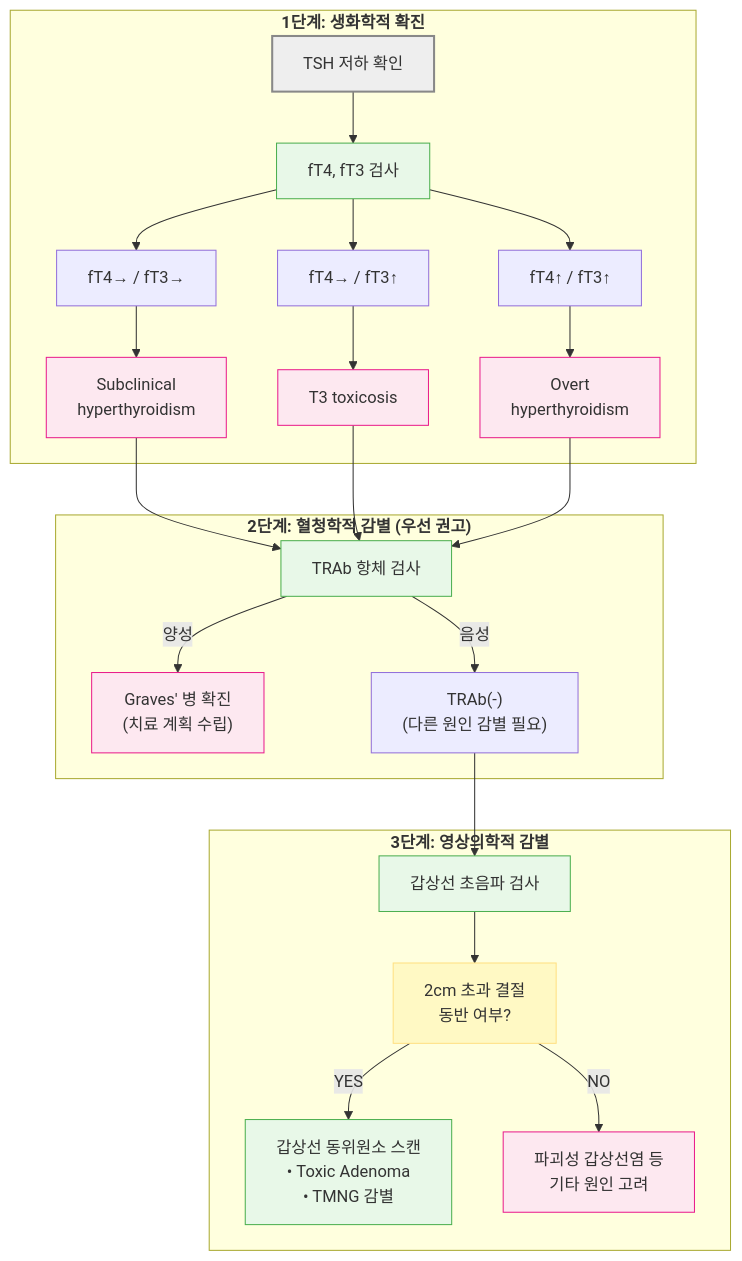
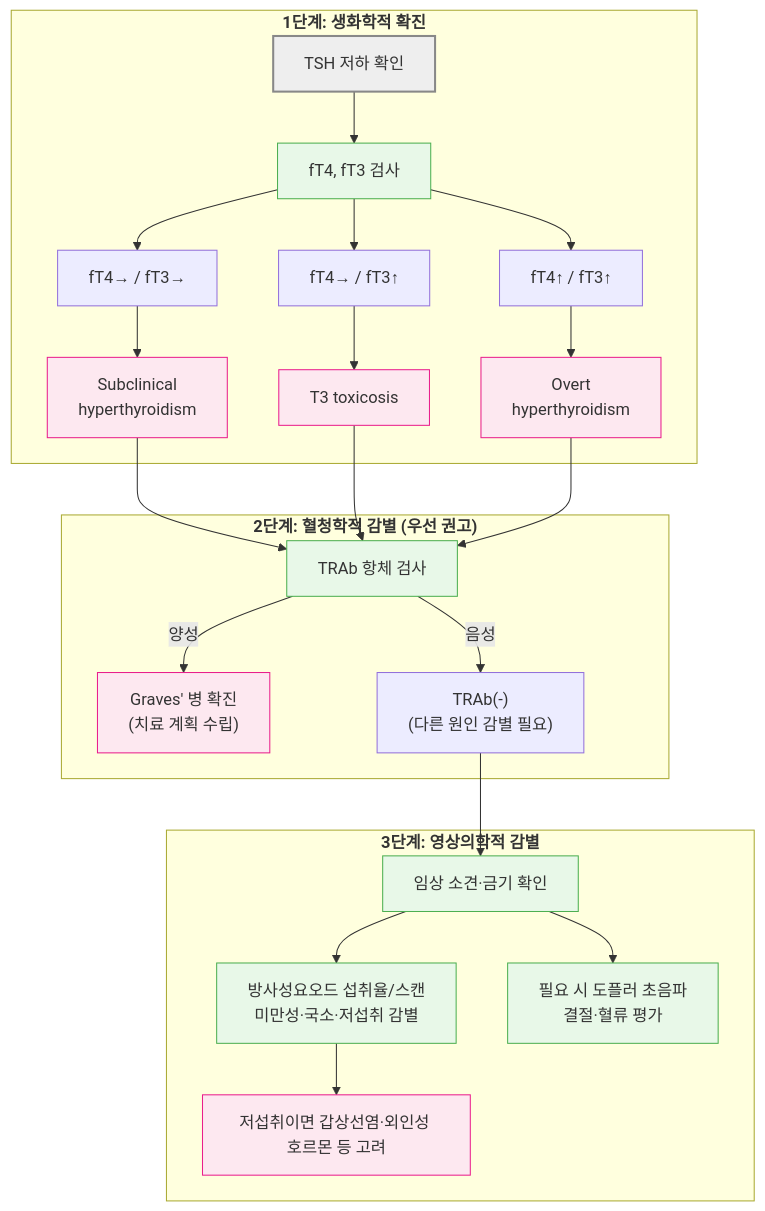
One commit to familyoh77/familyoh77 changed the first of 2 diagrams in 226_/106_-hyperthyroidism.md. Above: the diagram before and after it, drawn with Mermaid. The commit also changed other lines of this file, not shown here.

````diff
--- a/226_/106_-hyperthyroidism.md
+++ b/226_/106_-hyperthyroidism.md
@@ -127,40 +128,38 @@
 ```mermaid
 flowchart TD
     %% 1. Biochemistry
     subgraph Biochemistry ["<b>1단계: 생화학적 확진</b>"]
         TSH[TSH 저하 확인] --> Test["fT4, fT3 검사"]
         Test --> R1["fT4→ / fT3→"]
         Test --> R2["fT4→ / fT3↑"]
         Test --> R3["fT4↑ / fT3↑"]
         R1 --> Subclinical[Subclinical<br/>hyperthyroidism]
         R2 --> T3_tox[T3 toxicosis]
         R3 --> Overt[Overt<br/>hyperthyroidism]
     end
     %% 2. Serology Connection
     Subclinical --> TRAb
     T3_tox --> TRAb
     Overt --> TRAb
     subgraph Serology ["<b>2단계: 혈청학적 감별 (우선 권고)</b>"]
         TRAb["TRAb 항체 검사"]
         Graves["Graves' 병 확진<br>(치료 계획 수립)"]
         Others["TRAb(-)<br>(다른 원인 감별 필요)"]
         TRAb -->|양성| Graves
         TRAb -->|음성| Others
     end
     %% 3. Thyroid Imaging Connection
-    Others --> US
+    Others --> Etiology
     subgraph Thyroid_Imaging ["<b>3단계: 영상의학적 감별</b>"]
-        US[갑상선 초음파 검사] --> Nodule["2cm 초과 결절<br>동반 여부?"]
-        Nodule -->|YES| Isotope[갑상선 동위원소 스캔<br>• Toxic Adenoma<br>• TMNG 감별]
-        Nodule -->|NO| Destructive[파괴성 갑상선염 등<br>기타 원인 고려]
+        Etiology["임상 소견·금기 확인"] --> Isotope["방사성요오드 섭취율/스캔<br>미만성·국소·저섭취 감별"]
+        Etiology --> US["필요 시 도플러 초음파<br>결절·혈류 평가"]
+        Isotope --> Destructive["저섭취이면 갑상선염·외인성 호르몬 등 고려"]
     end
     %% Style Definitions
 
 style TSH fill:#eeeeee,stroke:#888888,stroke-width:2px
-classDef yellow fill:#fff9c4,stroke:#ffe082
-class Nodule yellow
 classDef pink fill:#fde8f0,stroke:#e91e8c
 class Subclinical,T3_tox,Overt,Graves,Destructive pink
 classDef lightGreen fill:#e8f8e8,stroke:#4caf50
-class Test,TRAb,US,Isotope lightGreen
+class Test,TRAb,Etiology,US,Isotope lightGreen
 ```
````
